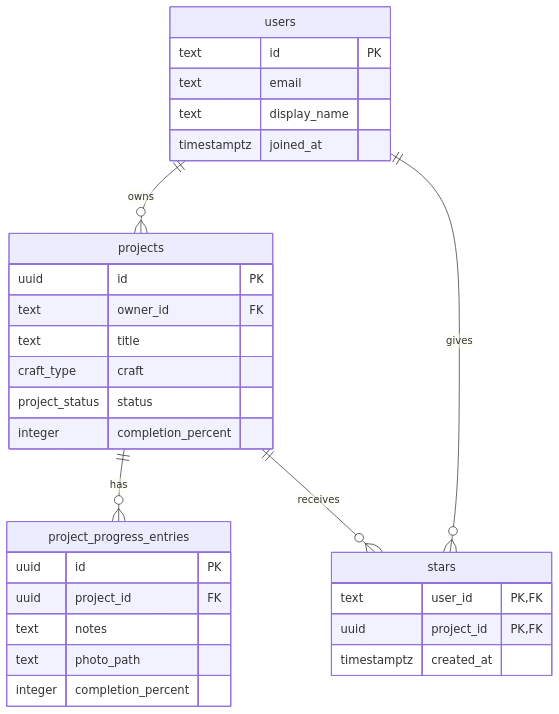
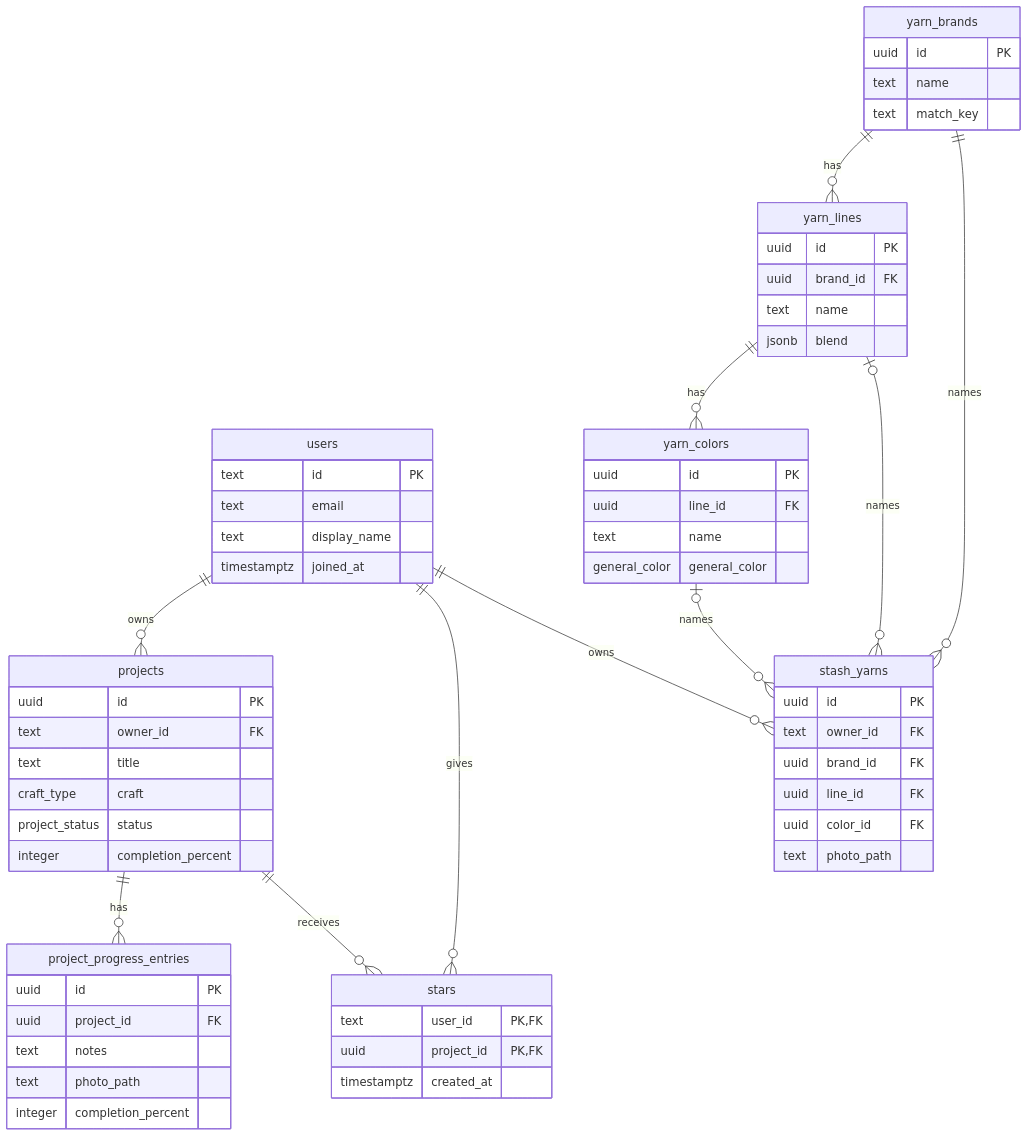
The diagram in schema.md (mmpekansambo-glitch/Mwedi-Threads), drawn with Mermaid before and after one commit. The commit also changed other lines of this file and 42 other files, not shown here.

First line of the commit message:
Add the Yarn Stash tab and shared yarn catalog (part 1 of #42)

````diff
--- a/schema.md
+++ b/schema.md
@@ -7,34 +7,65 @@
 ```mermaid
 erDiagram
     users ||--o{ projects : owns
     projects ||--o{ project_progress_entries : has
     users ||--o{ stars : gives
     projects ||--o{ stars : receives
+    users ||--o{ stash_yarns : owns
+    yarn_brands ||--o{ yarn_lines : has
+    yarn_lines ||--o{ yarn_colors : has
+    yarn_brands ||--o{ stash_yarns : "names"
+    yarn_lines |o--o{ stash_yarns : "names"
+    yarn_colors |o--o{ stash_yarns : "names"
 
     users {
         text id PK
         text email
         text display_name
         timestamptz joined_at
     }
     projects {
         uuid id PK
         text owner_id FK
         text title
         craft_type craft
         project_status status
         integer completion_percent
     }
     project_progress_entries {
         uuid id PK
         uuid project_id FK
         text notes
         text photo_path
         integer completion_percent
     }
     stars {
         text user_id PK, FK
         uuid project_id PK, FK
         timestamptz created_at
     }
+    stash_yarns {
+        uuid id PK
+        text owner_id FK
+        uuid brand_id FK
+        uuid line_id FK
+        uuid color_id FK
+        text photo_path
+    }
+    yarn_brands {
+        uuid id PK
+        text name
+        text match_key
+    }
+    yarn_lines {
+        uuid id PK
+        uuid brand_id FK
+        text name
+        jsonb blend
+    }
+    yarn_colors {
+        uuid id PK
+        uuid line_id FK
+        text name
+        general_color general_color
+    }
 ```
````
